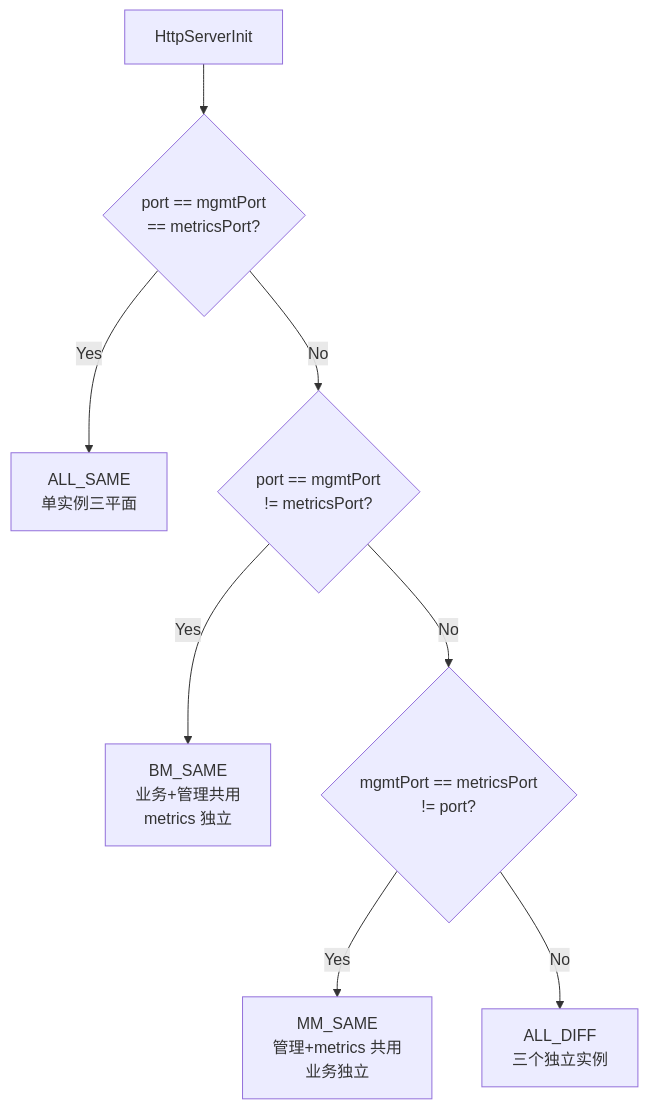
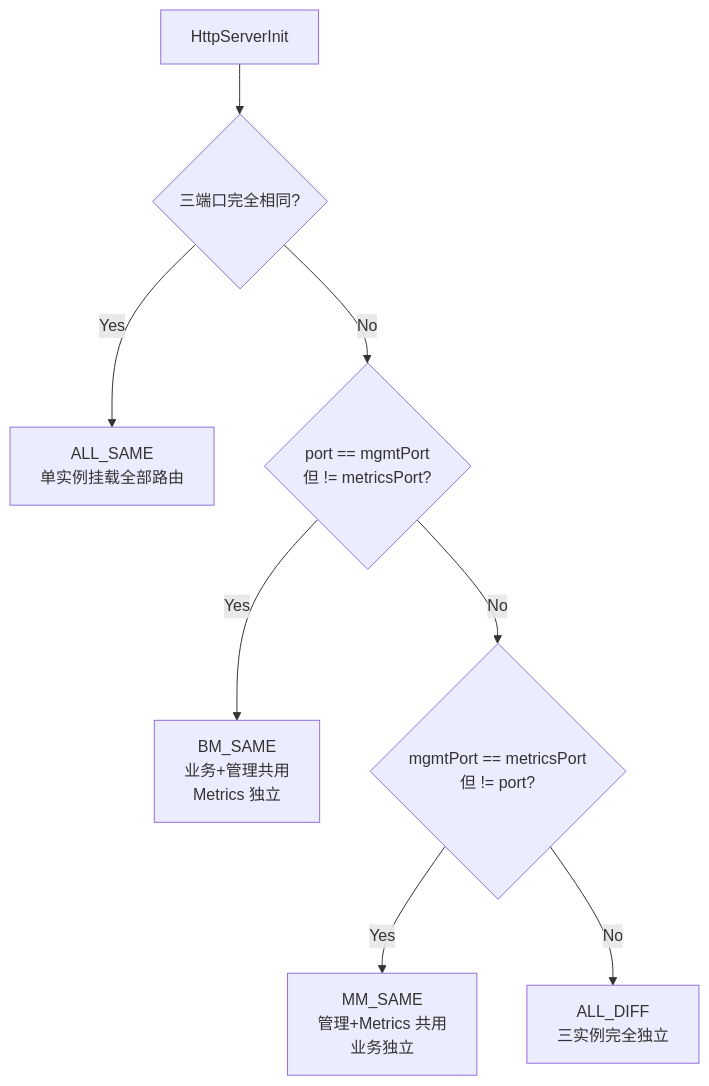
The second of 4 diagrams in docs/topics/http-server.md (Lyr-GW/interview-docs), drawn with Mermaid before and after one commit. The commit also changed other lines of this file and 19 other files, not shown here.

````diff
--- a/docs/topics/http-server.md
+++ b/docs/topics/http-server.md
@@ -138,10 +77,10 @@
 ```mermaid
 flowchart TB
-    A[HttpServerInit] --> B{port == mgmtPort<br/>== metricsPort?}
-    B -- Yes --> C[ALL_SAME<br/>单实例三平面]
-    B -- No --> D{port == mgmtPort<br/>!= metricsPort?}
-    D -- Yes --> E[BM_SAME<br/>业务+管理共用<br/>metrics 独立]
-    D -- No --> F{mgmtPort == metricsPort<br/>!= port?}
-    F -- Yes --> G[MM_SAME<br/>管理+metrics 共用<br/>业务独立]
-    F -- No --> H[ALL_DIFF<br/>三个独立实例]
+    A[HttpServerInit] --> B{三端口完全相同?}
+    B -- Yes --> C[ALL_SAME<br/>单实例挂载全部路由]
+    B -- No --> D{port == mgmtPort<br/>但 != metricsPort?}
+    D -- Yes --> E[BM_SAME<br/>业务+管理共用<br/>Metrics 独立]
+    D -- No --> F{mgmtPort == metricsPort<br/>但 != port?}
+    F -- Yes --> G[MM_SAME<br/>管理+Metrics 共用<br/>业务独立]
+    F -- No --> H[ALL_DIFF<br/>三实例完全独立]
 ```
````
